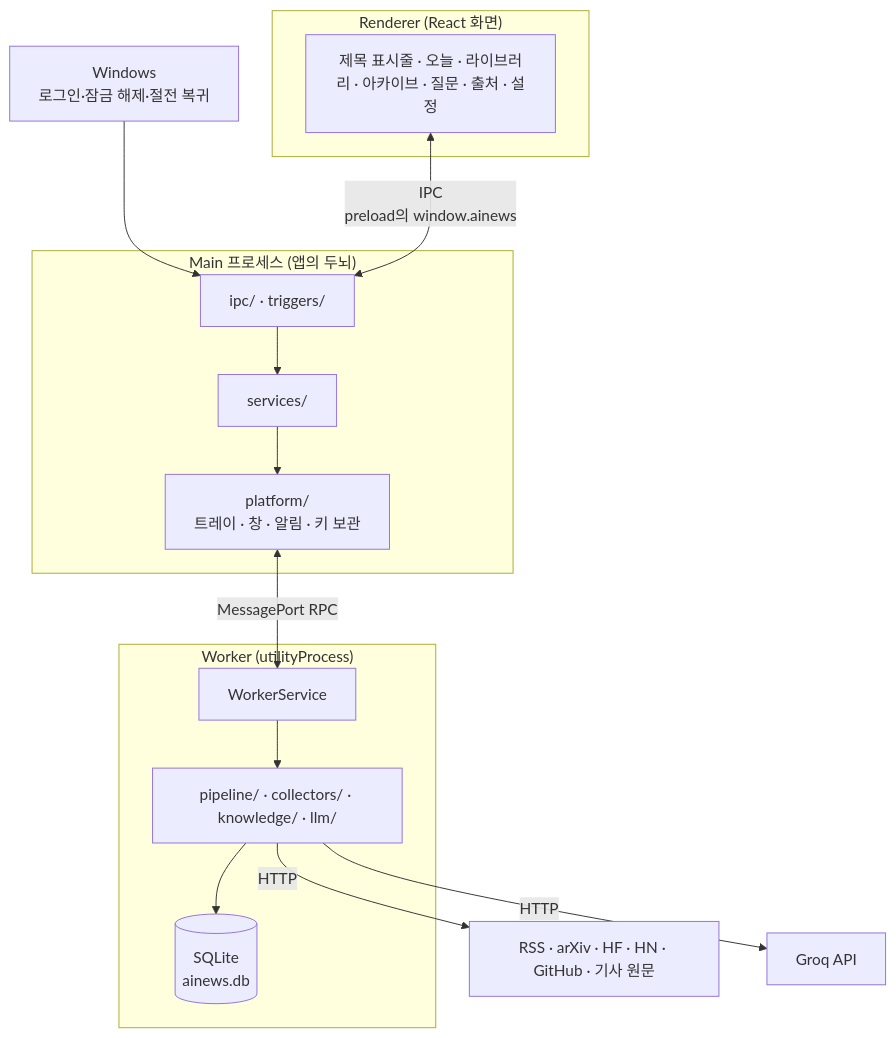
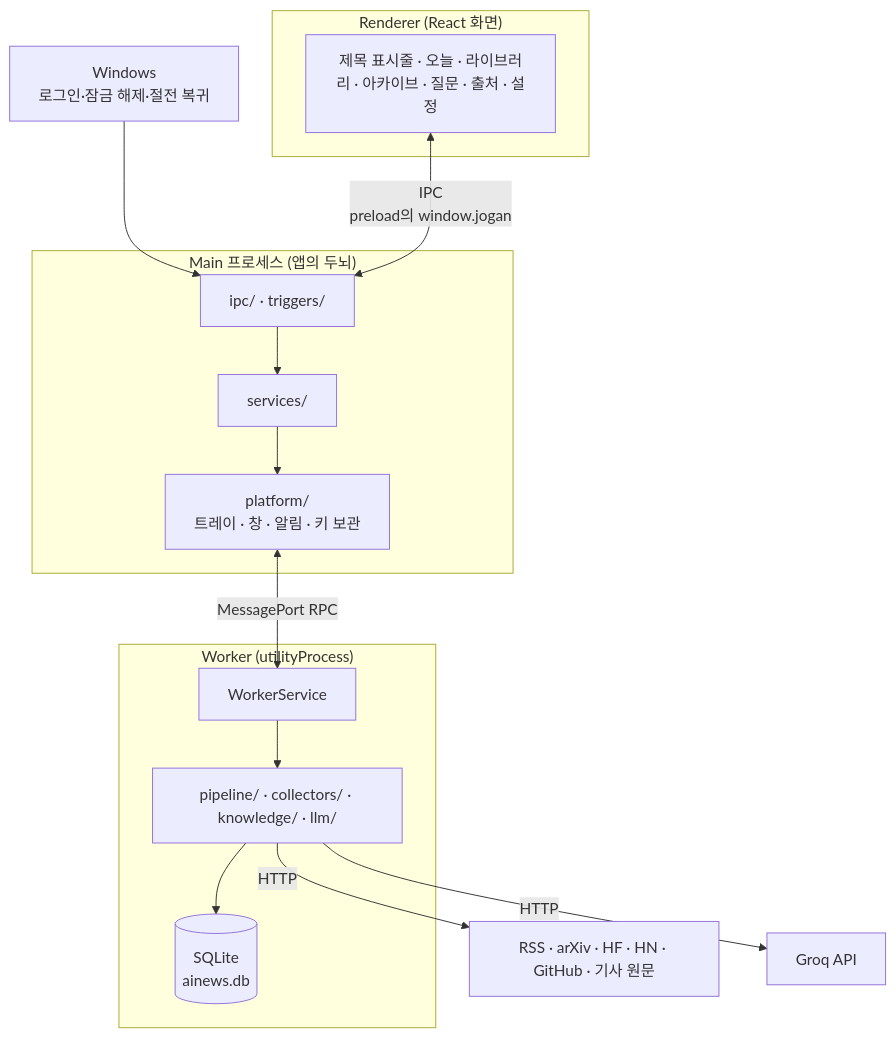
The second of 13 diagrams in docs/README.md (EPIGEXE/jogan-news), drawn with Mermaid before and after one commit. The commit also changed other lines of this file and 80 other files, not shown here.

````diff
--- a/docs/README.md
+++ b/docs/README.md
@@ -92,23 +92,23 @@
 ```mermaid
 flowchart TB
   subgraph Renderer["Renderer (React 화면)"]
     UI[제목 표시줄 · 오늘 · 라이브러리 · 아카이브 · 질문 · 출처 · 설정]
   end
   subgraph Main["Main 프로세스 (앱의 두뇌)"]
     IPC[ipc/ · triggers/]
     SVC[services/]
     PLT[platform/<br/>트레이 · 창 · 알림 · 키 보관]
   end
   subgraph Worker["Worker (utilityProcess)"]
     WS[WorkerService]
     PIPE[pipeline/ · collectors/ · knowledge/ · llm/]
     DB[(SQLite<br/>ainews.db)]
   end
   OS[Windows<br/>로그인·잠금 해제·절전 복귀] --> IPC
-  UI <-->|IPC<br/>preload의 window.ainews| IPC
+  UI <-->|IPC<br/>preload의 window.jogan| IPC
   IPC --> SVC --> PLT
   PLT <-->|MessagePort RPC| WS
   WS --> PIPE --> DB
   PIPE -->|HTTP| EXT[RSS · arXiv · HF · HN · GitHub · 기사 원문]
   PIPE -->|HTTP| GROQ[Groq API]
 ```
````
